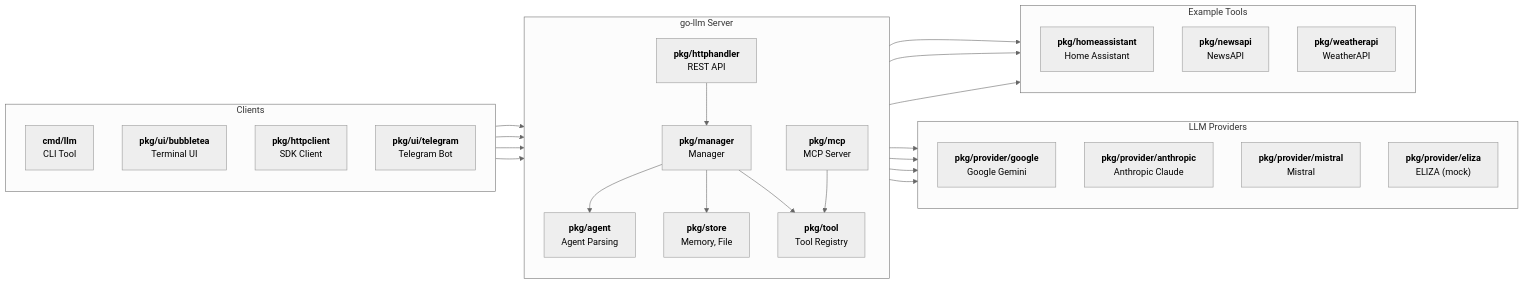
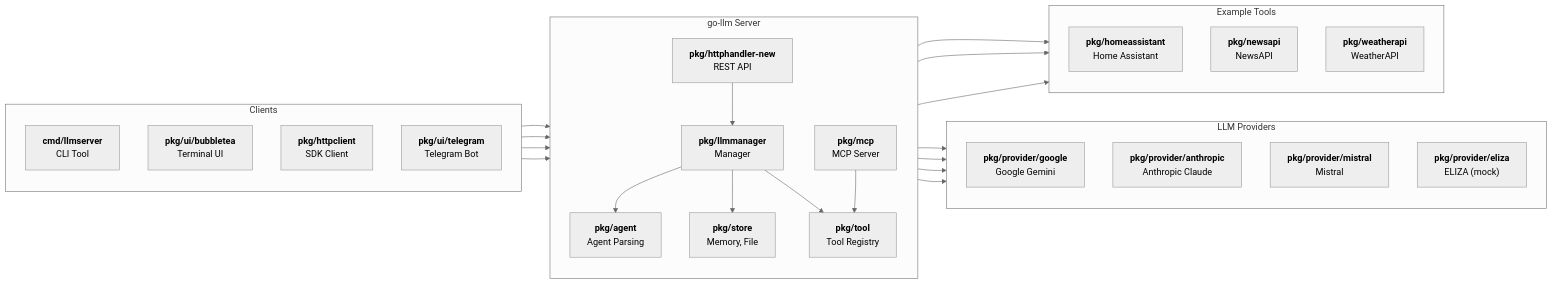
Before and after one commit to mutablelogic/go-llm: the diagram in README.md, drawn with Mermaid (neutral theme). The commit also changed other lines of this file and 425 other files, not shown here.

````diff
--- a/README.md
+++ b/README.md
@@ -240,70 +240,70 @@
 ```mermaid
 %%{init: {"flowchart": {"htmlLabels": false}} }%%
 flowchart LR
     subgraph Clients["Clients"]
         direction TB
-        CLI["`**cmd/llm**
+        CLI["`**cmd/llmserver**
         CLI Tool`"]
         TUI["`**pkg/ui/bubbletea**
         Terminal UI`"]
         SDK["`**pkg/httpclient**
         SDK Client`"]
         Telegram["`**pkg/ui/telegram**
         Telegram Bot`"]
     end
 
     subgraph Server["go-llm Server"]
         direction TB
-        API["`**pkg/httphandler**
+        API["`**pkg/httphandler-new**
         REST API`"]
-        Agent["`**pkg/manager**
+        Agent["`**pkg/llmmanager**
         Manager`"]
         AgentDef["`**pkg/agent**
         Agent Parsing`"]
         Sessions["`**pkg/store**
         Memory, File`"]
         Tools["`**pkg/tool**
         Tool Registry`"]
         MCP["`**pkg/mcp**
         MCP Server`"]
     end
 
     subgraph Providers["LLM Providers"]
         direction TB
         Gemini["`**pkg/provider/google**
         Google Gemini`"]
         Claude["`**pkg/provider/anthropic**
         Anthropic Claude`"]
         Mistral["`**pkg/provider/mistral**
         Mistral`"]
         Eliza["`**pkg/provider/eliza**
         ELIZA (mock)`"]
     end
 
     subgraph ToolImpls["Example Tools"]
         direction TB
         HA["`**pkg/homeassistant**
         Home Assistant`"]
         News["`**pkg/newsapi**
         NewsAPI`"]
         Weather["`**pkg/weatherapi**
         WeatherAPI`"]
     end
 
     CLI --> API
     TUI --> API
     SDK --> API
     Telegram --> API
     API --> Agent
     Agent --> AgentDef
     Agent --> Sessions
     Agent --> Tools
     Agent --> Gemini
     Agent --> Claude
     Agent --> Mistral
     Agent --> Eliza
     Tools --> HA
     Tools --> News
     Tools --> Weather
     MCP --> Tools
 ```
````
